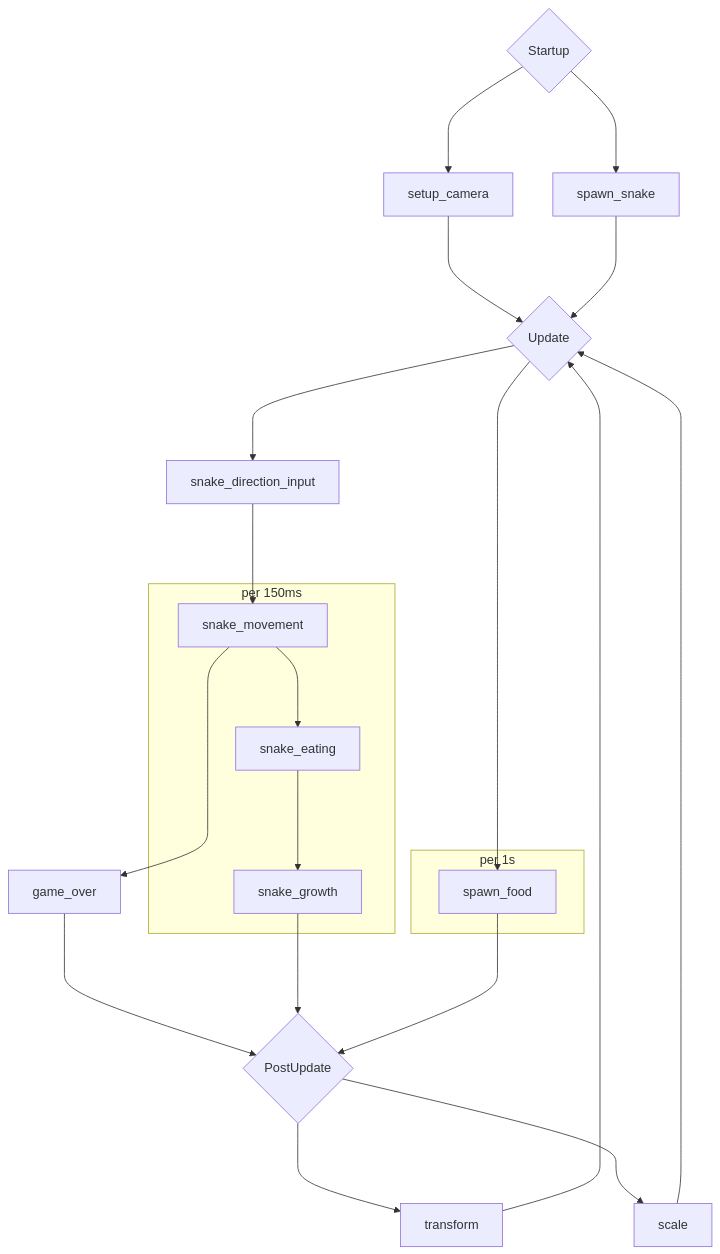
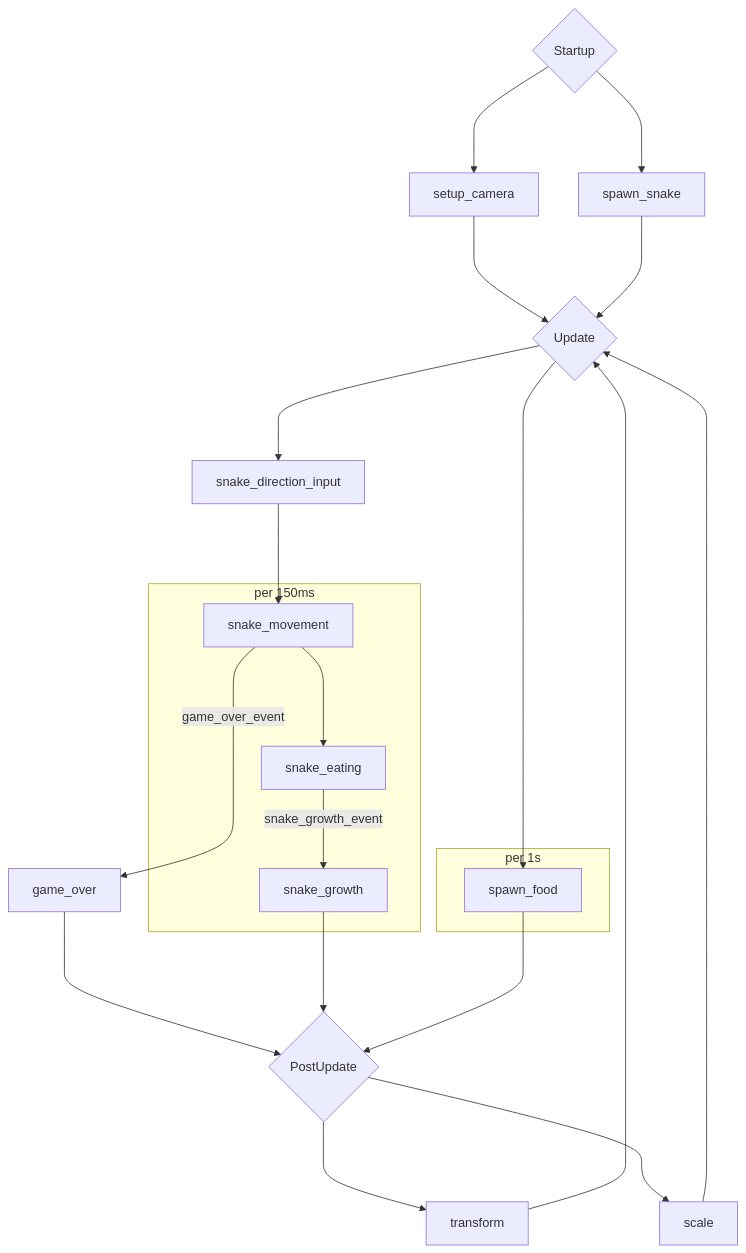
The second of 2 diagrams in README.md (yu-hasebe/bevy-snake), drawn with Mermaid before and after one commit.

````diff
--- a/README.md
+++ b/README.md
@@ -33,18 +33,18 @@
 ```mermaid
 flowchart TD
 
 A{Startup} ---> setup_camera ---> B{Update}
 A ---> spawn_snake ---> B
 B ---> snake_direction_input ---> snake_movement
 subgraph per 150ms
-snake_movement ---> snake_eating ---> snake_growth
+snake_movement ---> snake_eating --snake_growth_event--> snake_growth
 end
-snake_movement ---> game_over ---> C
+snake_movement --game_over_event--> game_over ---> C
 snake_growth ---> C{PostUpdate}
 subgraph per 1s
 spawn_food
 end
 B ---> spawn_food ---> C
 C ---> transform ---> B
 C ---> scale ---> B
 ```
````
